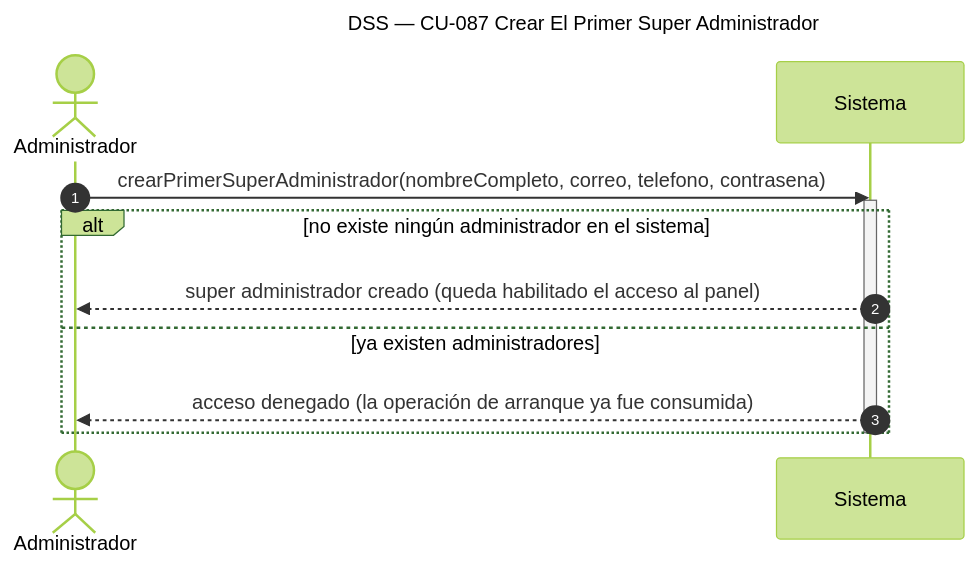
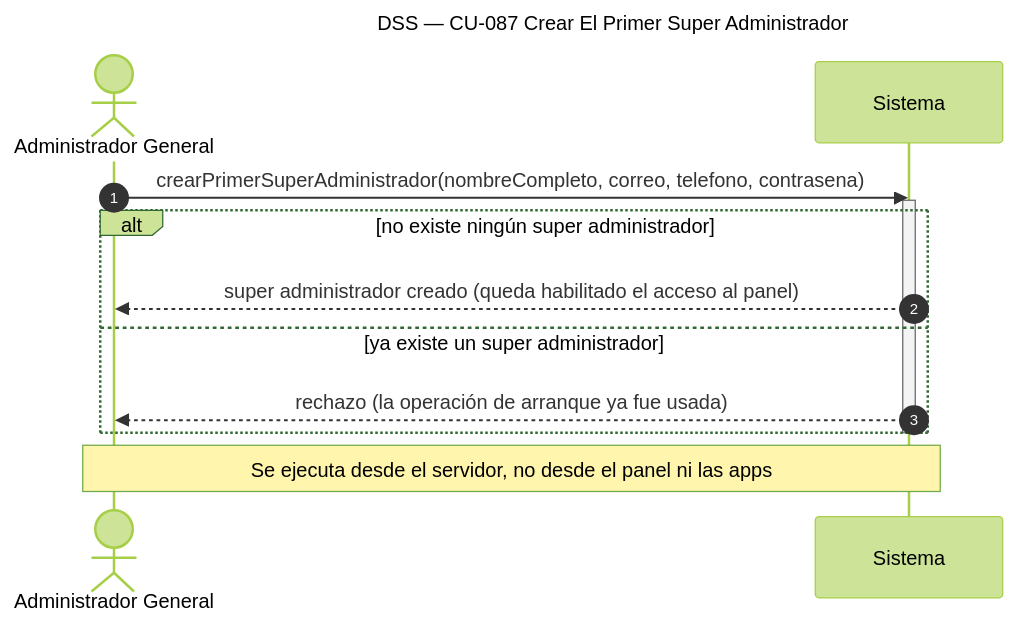
The diagram in diagramas/DSS_CU-087_Crear-El-Primer-Super-Administrador.mmd (Nahuelito-Dev/splg-docs), drawn with Mermaid (forest theme) before and after one commit. The commit also changed 47 other files, not shown here.

```diff
--- a/diagramas/DSS_CU-087_Crear-El-Primer-Super-Administrador.mmd
+++ b/diagramas/DSS_CU-087_Crear-El-Primer-Super-Administrador.mmd
@@ -1,14 +1,15 @@
 sequenceDiagram
     title DSS — CU-087 Crear El Primer Super Administrador
     autonumber
-    actor ADM as Administrador
+    actor GEN as Administrador General
     participant SIS as Sistema
 
-    ADM->>SIS: crearPrimerSuperAdministrador(nombreCompleto, correo, telefono, contrasena)
+    GEN->>SIS: crearPrimerSuperAdministrador(nombreCompleto, correo, telefono, contrasena)
     activate SIS
-    alt no existe ningún administrador en el sistema
-        SIS-->>ADM: super administrador creado (queda habilitado el acceso al panel)
-    else ya existen administradores
-        SIS-->>ADM: acceso denegado (la operación de arranque ya fue consumida)
+    alt no existe ningún super administrador
+        SIS-->>GEN: super administrador creado (queda habilitado el acceso al panel)
+    else ya existe un super administrador
+        SIS-->>GEN: rechazo (la operación de arranque ya fue usada)
     end
     deactivate SIS
+    Note over GEN,SIS: Se ejecuta desde el servidor, no desde el panel ni las apps
```
